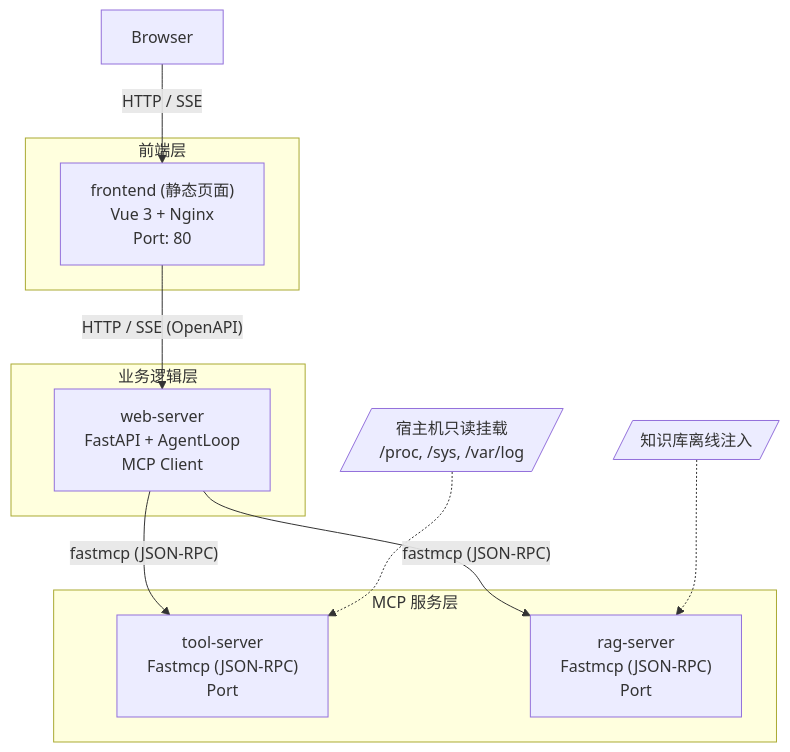
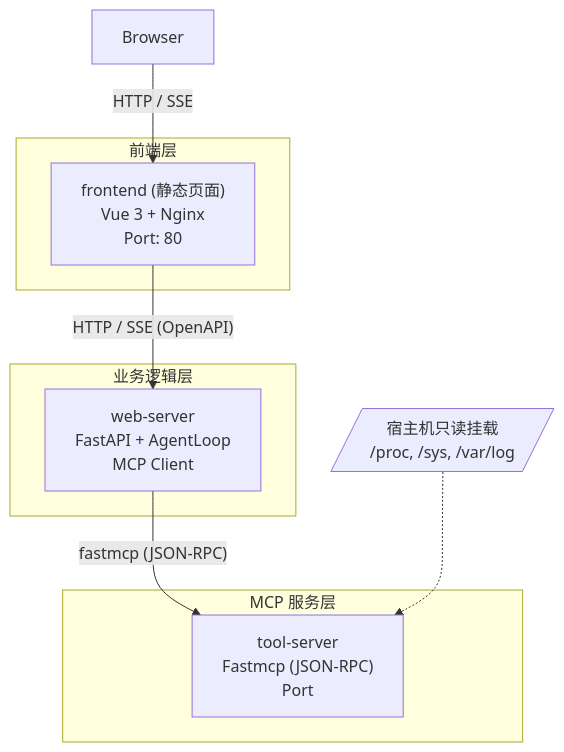
The diagram in docs/概要设计.md (nazzeDe/alascup-agent), drawn with Mermaid before and after one commit. The commit also changed other lines of this file and 20 other files, not shown here.

First line of the commit message:
cleanup: remove all rag-server references — RAG is no longer used

````diff
--- a/docs/概要设计.md
+++ b/docs/概要设计.md
@@ -12,32 +12,28 @@
 ```mermaid
 graph TD
     %% 节点定义
     B[Browser]:::browser
     
     subgraph Client_Side [前端层]
         F["frontend (静态页面)<br/>Vue 3 + Nginx<br/>Port: 80"]:::frontend
     end
 
     subgraph Logic_Layer [业务逻辑层]
         W["web-server<br/>FastAPI + AgentLoop<br/>MCP Client"]:::webserver
     end
 
     subgraph MCP_Layer [MCP 服务层]
         TS["tool-server<br/>Fastmcp (JSON-RPC)<br/>Port"]:::mcpserver
-        RS["rag-server<br/>Fastmcp (JSON-RPC)<br/>Port"]:::mcpserver
     end
 
     %% 外部挂载/注入
     HostDrive[/"宿主机只读挂载<br/>/proc, /sys, /var/log"/]
-    KnowledgeBase[/"知识库离线注入"/]
 
     %% 连接关系
     B -- "HTTP / SSE" --> F
     F -- "HTTP / SSE (OpenAPI)" --> W
     
     W -- "fastmcp (JSON-RPC)" --> TS
-    W -- "fastmcp (JSON-RPC)" --> RS
 
     HostDrive -.-> TS
-    KnowledgeBase -.-> RS
 ```
````
